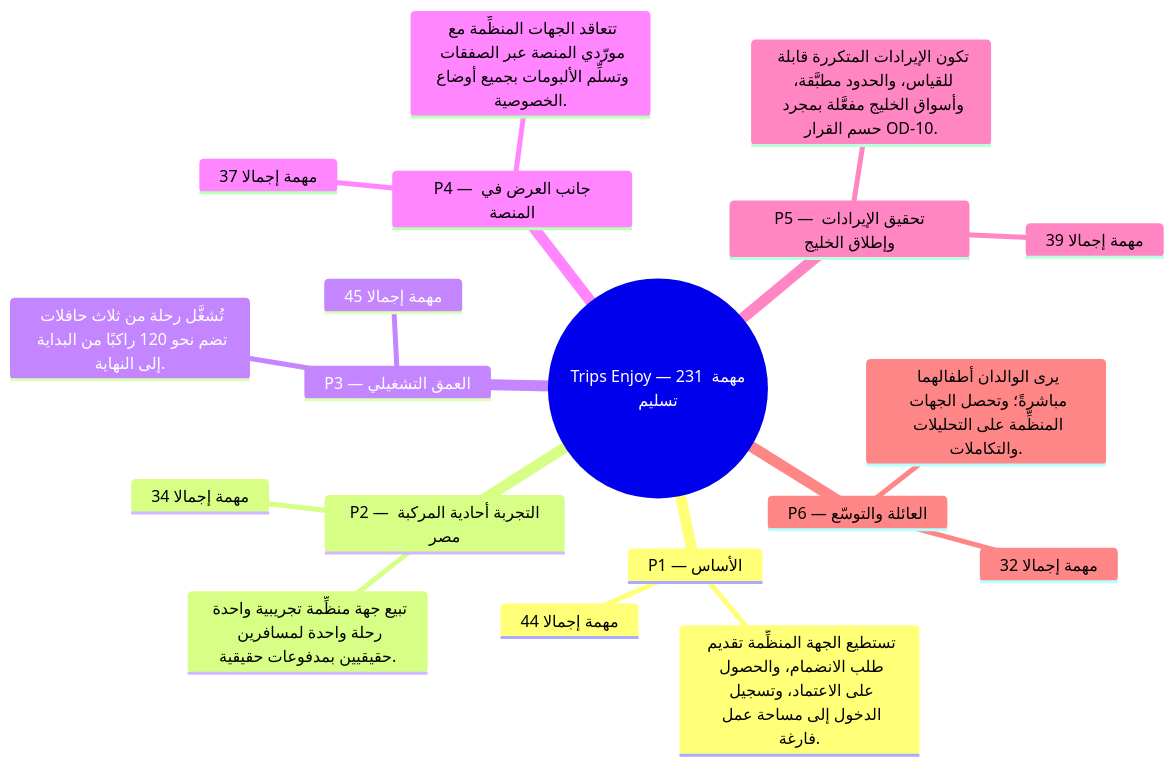
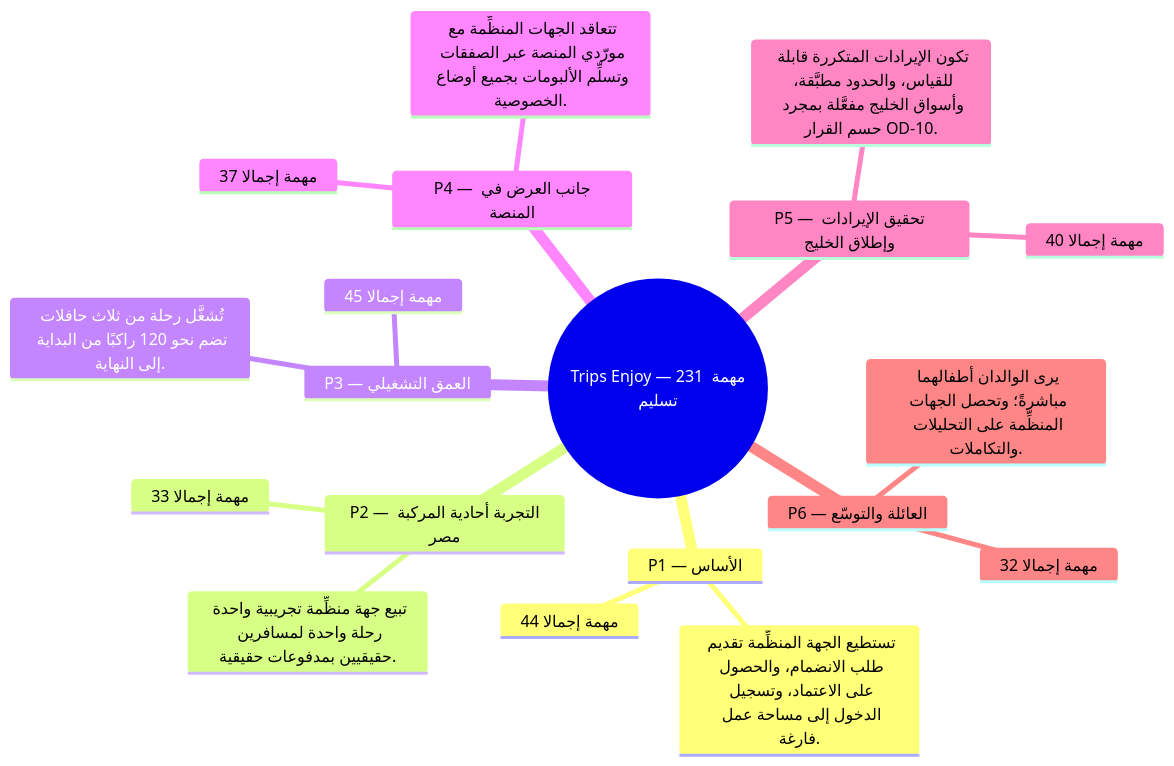
One commit to mohamedhabibwork/trips-enjoy-docs changed the diagram in content/docs/ar/plan/milestones.mdx. Above: the diagram before and after it, drawn with Mermaid. The commit also changed other lines of this file and 117 other files, not shown here.

````diff
--- a/content/docs/ar/plan/milestones.mdx
+++ b/content/docs/ar/plan/milestones.mdx
@@ -11,22 +11,22 @@
 ```mermaid
 mindmap
   root(("Trips Enjoy — 231 مهمة تسليم"))
     P1 — الأساس
       44 مهمة إجمالا
       تستطيع الجهة المنظِّمة تقديم طلب الانضمام، والحصول على الاعتماد، وتسجيل الدخول إلى مساحة عمل فارغة.
     P2 — التجربة أحادية المركبة مصر
-      34 مهمة إجمالا
+      33 مهمة إجمالا
       تبيع جهة منظِّمة تجريبية واحدة رحلة واحدة لمسافرين حقيقيين بمدفوعات حقيقية.
     P3 — العمق التشغيلي
       45 مهمة إجمالا
       تُشغَّل رحلة من ثلاث حافلات تضم نحو 120 راكبًا من البداية إلى النهاية.
     P4 — جانب العرض في المنصة
       37 مهمة إجمالا
       تتعاقد الجهات المنظِّمة مع مورّدي المنصة عبر الصفقات وتسلِّم الألبومات بجميع أوضاع الخصوصية.
     P5 — تحقيق الإيرادات وإطلاق الخليج
-      39 مهمة إجمالا
+      40 مهمة إجمالا
       تكون الإيرادات المتكررة قابلة للقياس، والحدود مطبَّقة، وأسواق الخليج مفعَّلة بمجرد حسم القرار OD-10.
     P6 — العائلة والتوسّع
       32 مهمة إجمالا
       يرى الوالدان أطفالهما مباشرةً؛ وتحصل الجهات المنظِّمة على التحليلات والتكاملات.
 ```
````
